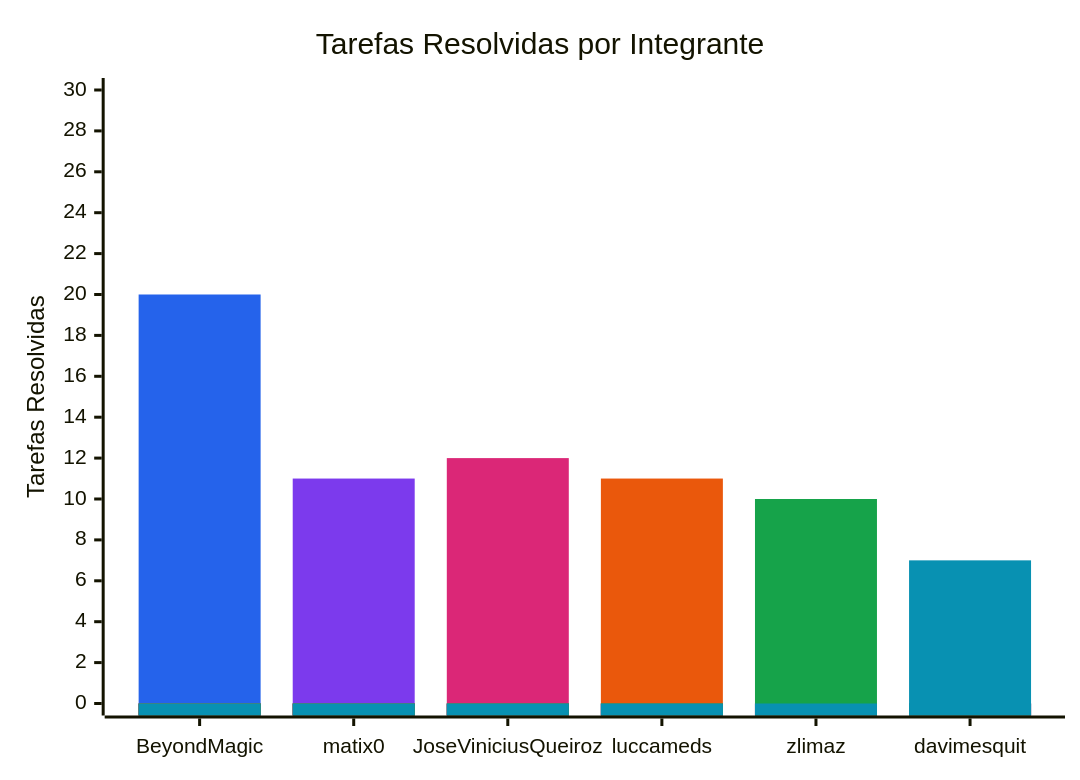
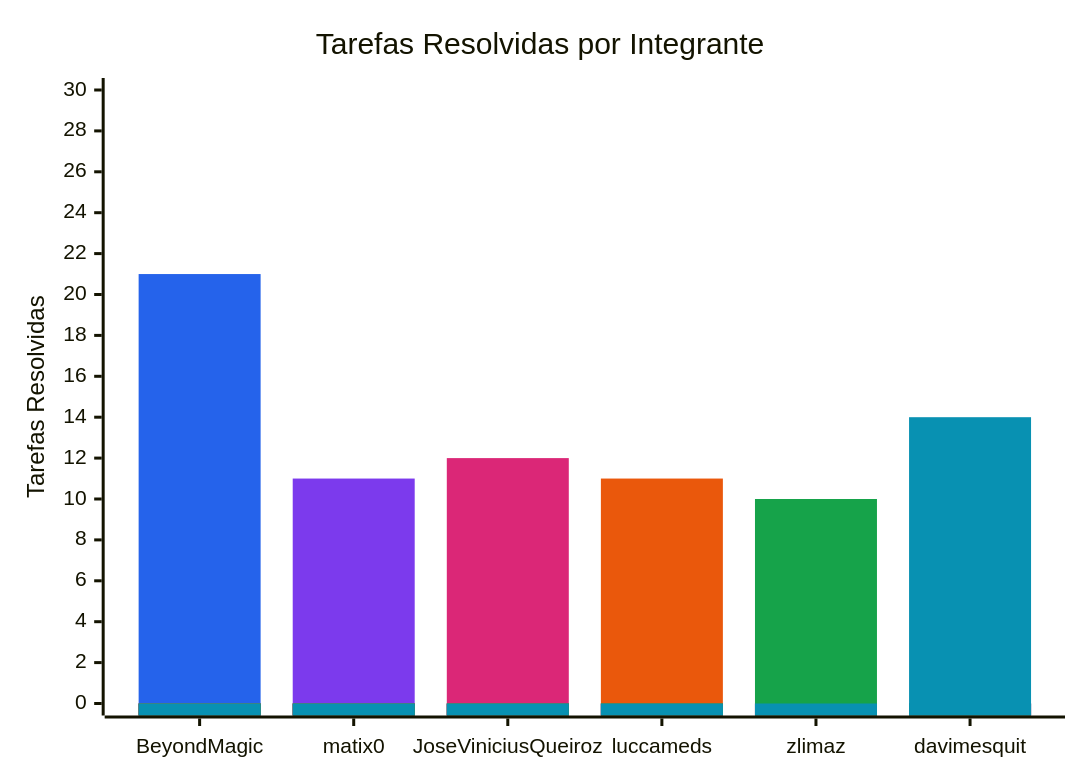
The diagram in documentation/snippets/management/resolved-issues.mmd (FCTE-Qualidade-de-Software-1/2026-2_T01_FRANS_BILAS), drawn with Mermaid before and after one commit. The commit also changed 6 other files, not shown here.

```diff
--- a/documentation/snippets/management/resolved-issues.mmd
+++ b/documentation/snippets/management/resolved-issues.mmd
@@ -1,11 +1,11 @@
 %%{init: {"themeVariables": {"xyChart": {"plotColorPalette": "#2563eb, #7c3aed, #db2777, #ea580c, #16a34a, #0891b2"}}}}%%
 xychart-beta
     title "Tarefas Resolvidas por Integrante"
     x-axis ["BeyondMagic", "matix0", "JoseViniciusQueiroz", "luccameds", "zlimaz", "davimesquit"]
     y-axis "Tarefas Resolvidas" 0 --> 30
-    bar [20, 0, 0, 0, 0, 0]
+    bar [21, 0, 0, 0, 0, 0]
     bar [0, 11, 0, 0, 0, 0]
     bar [0, 0, 12, 0, 0, 0]
     bar [0, 0, 0, 11, 0, 0]
     bar [0, 0, 0, 0, 10, 0]
-    bar [0, 0, 0, 0, 0, 7]
+    bar [0, 0, 0, 0, 0, 14]
```
